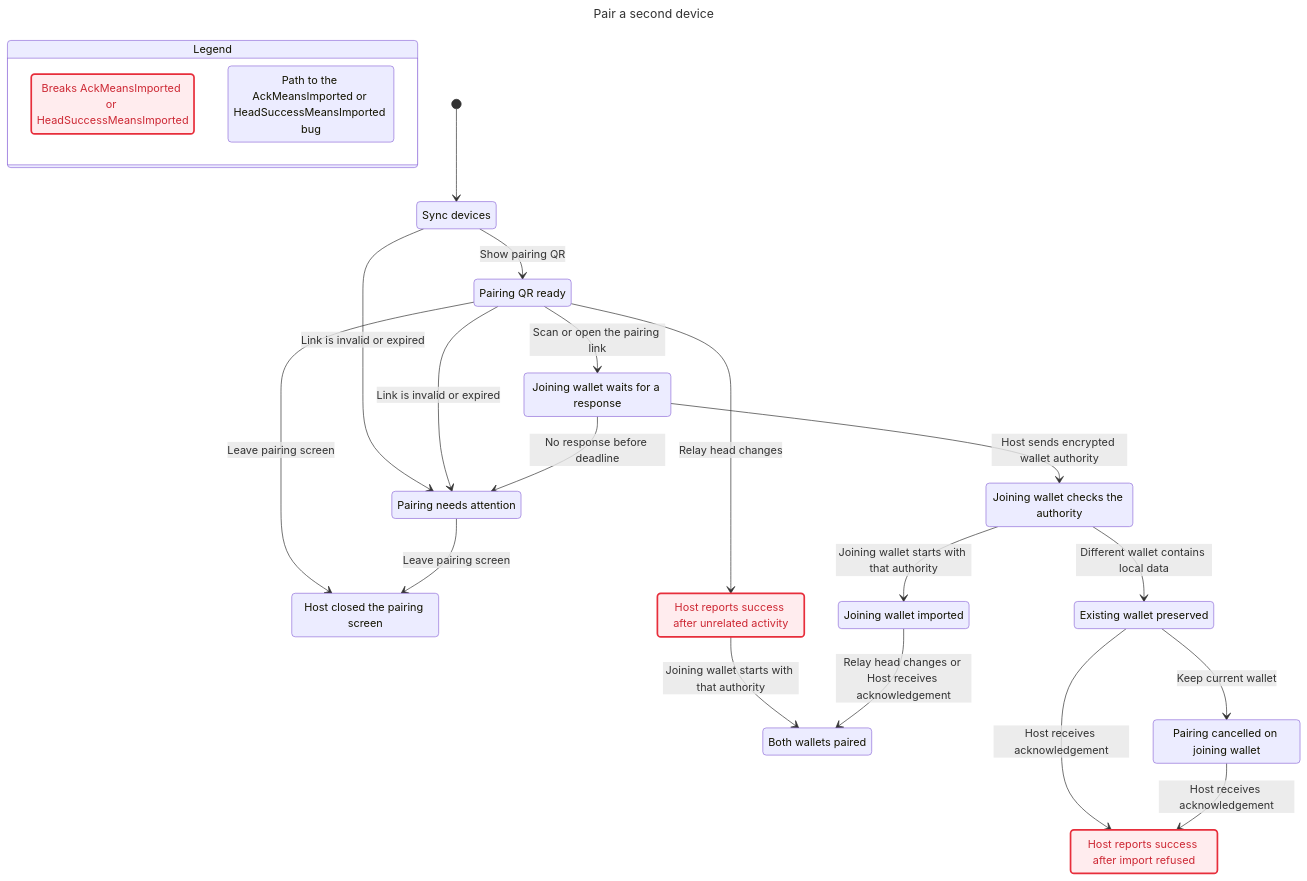
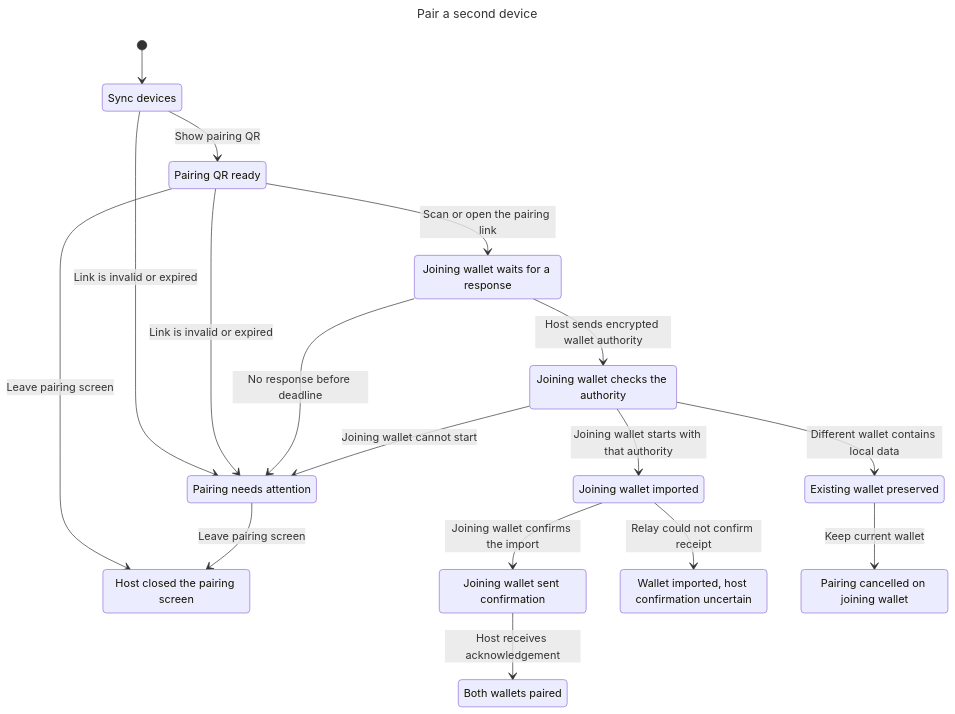
Before and after one commit to brenorb/cashu-sync: the diagram in docs/state-machines/charts/pairing.mmd, drawn with Mermaid. The commit also changed 32 other files, not shown here.

```diff
--- a/docs/state-machines/charts/pairing.mmd
+++ b/docs/state-machines/charts/pairing.mmd
@@ -1,49 +1,32 @@
 ---
 title: "Pair a second device"
 ---
 stateDiagram-v2
-  state "Legend" as legend {
-    lg0: Breaks AckMeansImported or HeadSuccessMeansImported
-    lg1: Path to the AckMeansImported or HeadSuccessMeansImported bug
-  }
-  class lg0 breaks
-  class lg1 bugPath
   s0: Sync devices
   s1: Pairing needs attention
   s2: Pairing QR ready
   s3: Host closed the pairing screen
   s4: Joining wallet waits for a response
-  s5: Host reports success after unrelated activity
-  s6: Joining wallet checks the authority
-  s7: Joining wallet imported
-  s8: Existing wallet preserved
-  s9: Both wallets paired
-  s10: Host reports success after import refused
-  s11: Pairing cancelled on joining wallet
+  s5: Joining wallet checks the authority
+  s6: Joining wallet imported
+  s7: Existing wallet preserved
+  s8: Joining wallet sent confirmation
+  s9: Wallet imported, host confirmation uncertain
+  s10: Pairing cancelled on joining wallet
+  s11: Both wallets paired
   [*] --> s0
   s0 --> s1: Link is invalid or expired
   s0 --> s2: Show pairing QR
   s2 --> s3: Leave pairing screen
   s2 --> s1: Link is invalid or expired
   s2 --> s4: Scan or open the pairing link
-  s2 --> s5: Relay head changes
   s1 --> s3: Leave pairing screen
   s4 --> s1: No response before deadline
-  s4 --> s6: Host sends encrypted wallet authority
-  s6 --> s7: Joining wallet starts with that authority
-  s6 --> s8: Different wallet contains local data
-  s5 --> s9: Joining wallet starts with that authority
-  s7 --> s9: Relay head changes or Host receives acknowledgement
-  s8 --> s10: Host receives acknowledgement
-  s8 --> s11: Keep current wallet
-  s11 --> s10: Host receives acknowledgement
-  classDef breaks fill:#ffecee,stroke:#e72e3b,stroke-width:2.5px,color:#cd2834
-  class s0 bugPath
-  class s2 bugPath
-  class s4 bugPath
-  class s5 breaks
-  class s5 bugPath
-  class s6 bugPath
-  class s8 bugPath
-  class s10 breaks
-  class s10 bugPath
+  s4 --> s5: Host sends encrypted wallet authority
+  s5 --> s1: Joining wallet cannot start
+  s5 --> s6: Joining wallet starts with that authority
+  s5 --> s7: Different wallet contains local data
+  s6 --> s8: Joining wallet confirms the import
+  s6 --> s9: Relay could not confirm receipt
+  s7 --> s10: Keep current wallet
+  s8 --> s11: Host receives acknowledgement
```
